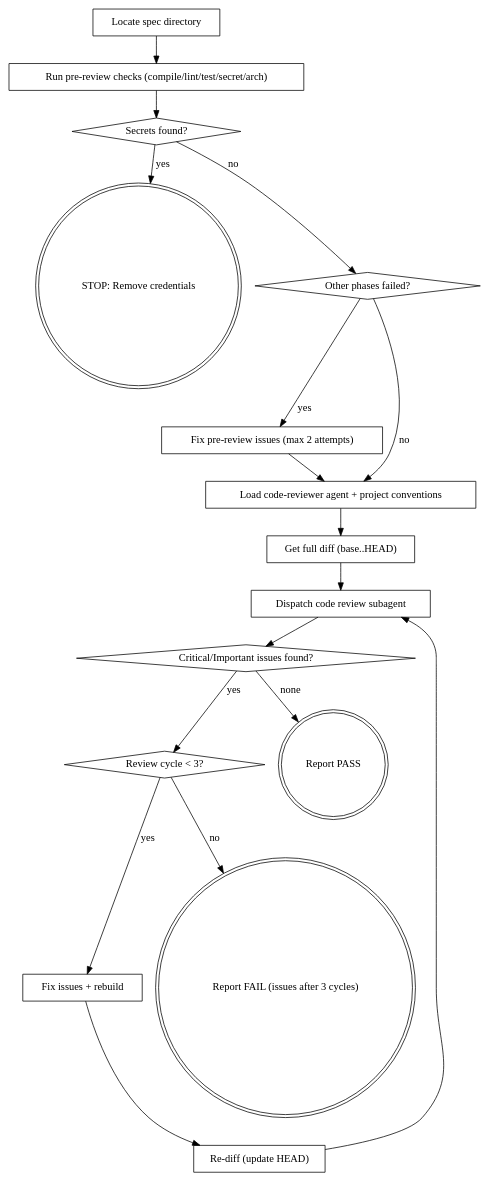
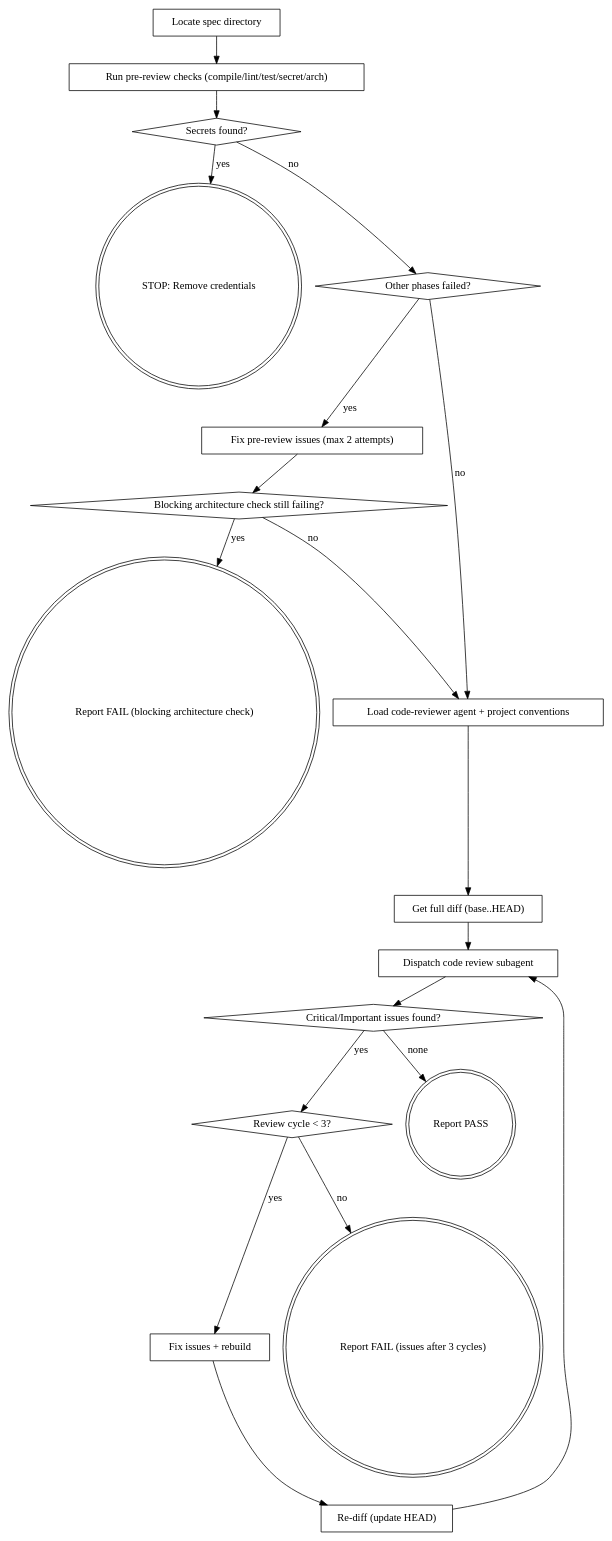
The diagram in plugins/dx-core/skills/dx-step-verify/SKILL.md (easingthemes/dx-aem-flow), drawn with Graphviz before and after one commit. The commit also changed other lines of this file and 11 other files, not shown here.

Commit message:
feat(dx-core): blocking architecture check + rules freshness in dx-doctor (#237)

````diff
--- a/plugins/dx-core/skills/dx-step-verify/SKILL.md
+++ b/plugins/dx-core/skills/dx-step-verify/SKILL.md
@@ -17,36 +17,40 @@
 ```dot
 digraph step_verify {
     "Locate spec directory" [shape=box];
     "Run pre-review checks (compile/lint/test/secret/arch)" [shape=box];
     "Secrets found?" [shape=diamond];
     "STOP: Remove credentials" [shape=doublecircle];
     "Other phases failed?" [shape=diamond];
     "Fix pre-review issues (max 2 attempts)" [shape=box];
+    "Blocking architecture check still failing?" [shape=diamond];
+    "Report FAIL (blocking architecture check)" [shape=doublecircle];
     "Load code-reviewer agent + project conventions" [shape=box];
     "Get full diff (base..HEAD)" [shape=box];
     "Dispatch code review subagent" [shape=box];
     "Critical/Important issues found?" [shape=diamond];
     "Review cycle < 3?" [shape=diamond];
     "Fix issues + rebuild" [shape=box];
     "Re-diff (update HEAD)" [shape=box];
     "Report PASS" [shape=doublecircle];
     "Report FAIL (issues after 3 cycles)" [shape=doublecircle];
 
     "Locate spec directory" -> "Run pre-review checks (compile/lint/test/secret/arch)";
     "Run pre-review checks (compile/lint/test/secret/arch)" -> "Secrets found?";
     "Secrets found?" -> "STOP: Remove credentials" [label="yes"];
     "Secrets found?" -> "Other phases failed?" [label="no"];
     "Other phases failed?" -> "Fix pre-review issues (max 2 attempts)" [label="yes"];
     "Other phases failed?" -> "Load code-reviewer agent + project conventions" [label="no"];
-    "Fix pre-review issues (max 2 attempts)" -> "Load code-reviewer agent + project conventions";
+    "Fix pre-review issues (max 2 attempts)" -> "Blocking architecture check still failing?";
+    "Blocking architecture check still failing?" -> "Report FAIL (blocking architecture check)" [label="yes"];
+    "Blocking architecture check still failing?" -> "Load code-reviewer agent + project conventions" [label="no"];
     "Load code-reviewer agent + project conventions" -> "Get full diff (base..HEAD)";
     "Get full diff (base..HEAD)" -> "Dispatch code review subagent";
     "Dispatch code review subagent" -> "Critical/Important issues found?";
     "Critical/Important issues found?" -> "Report PASS" [label="none"];
     "Critical/Important issues found?" -> "Review cycle < 3?" [label="yes"];
     "Review cycle < 3?" -> "Fix issues + rebuild" [label="yes"];
     "Review cycle < 3?" -> "Report FAIL (issues after 3 cycles)" [label="no"];
     "Fix issues + rebuild" -> "Re-diff (update HEAD)";
     "Re-diff (update HEAD)" -> "Dispatch code review subagent";
 }
 ```
````
